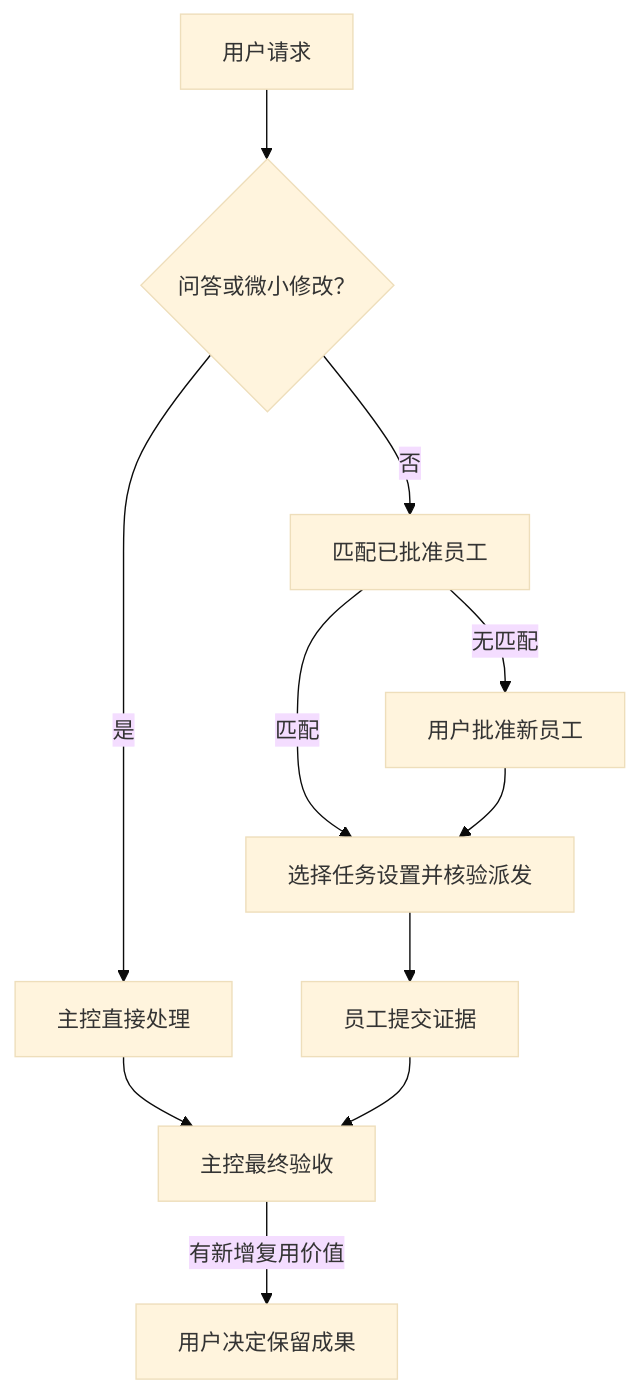
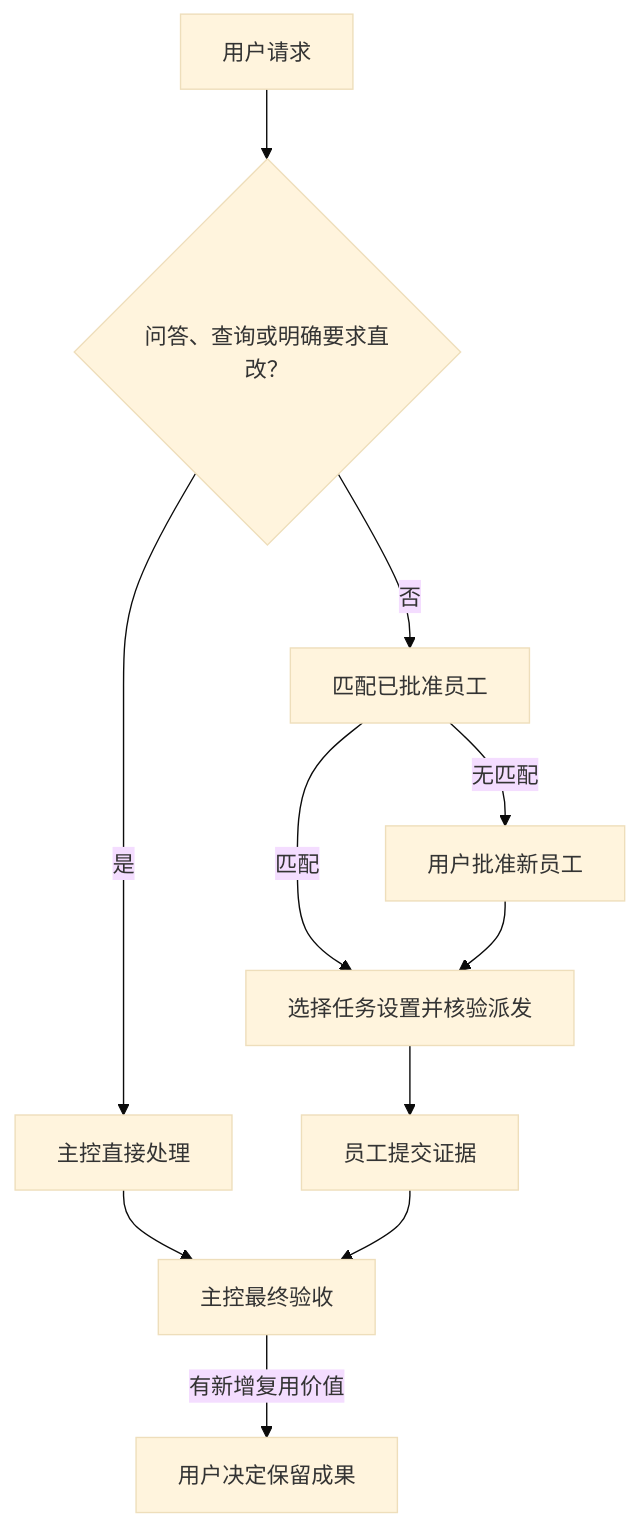
The diagram in README.zh-CN.md (lbtlm/open-jarvis), drawn with Mermaid (base theme) before and after one commit. The commit also changed other lines of this file and 29 other files, not shown here.

````diff
--- a/README.zh-CN.md
+++ b/README.zh-CN.md
@@ -71,13 +71,13 @@
 ```mermaid
 flowchart TD
-  A["用户请求"] --> B{"问答或微小修改？"}
+  A["用户请求"] --> B{"问答、查询或明确要求直改？"}
   B -->|是| C["主控直接处理"]
   B -->|否| D["匹配已批准员工"]
   D -->|无匹配| E["用户批准新员工"]
   D -->|匹配| F["选择任务设置并核验派发"]
   E --> F
   F --> G["员工提交证据"]
   C --> H["主控最终验收"]
   G --> H
   H -->|有新增复用价值| I["用户决定保留成果"]
 ```
````
